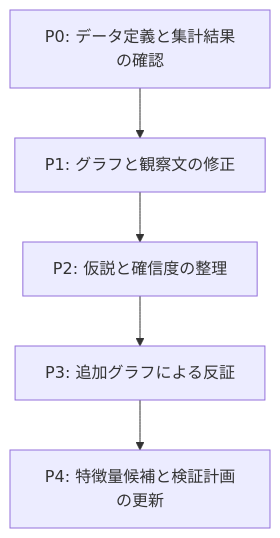
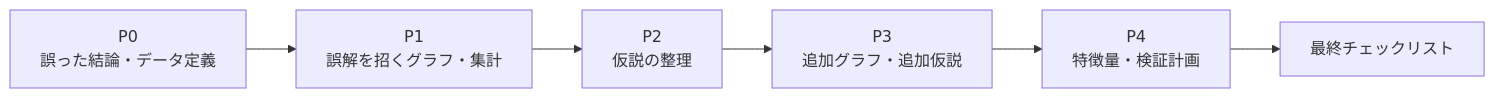
The first of 2 diagrams in docs/review/20260725_bike_sharing_hypothesis_review.md (mgmaru/ml-model-tuning-sandbox), drawn with Mermaid before and after one commit. The commit also changed other lines of this file, not shown here.

````diff
--- a/docs/review/20260725_bike_sharing_hypothesis_review.md
+++ b/docs/review/20260725_bike_sharing_hypothesis_review.md
@@ -29,7 +26,8 @@
 ```mermaid
-flowchart TD
-    A["P0: データ定義と集計結果の確認"] --> B["P1: グラフと観察文の修正"]
-    B --> C["P2: 仮説と確信度の整理"]
-    C --> D["P3: 追加グラフによる反証"]
-    D --> E["P4: 特徴量候補と検証計画の更新"]
+flowchart LR
+    P0["P0<br>誤った結論・データ定義"] --> P1["P1<br>誤解を招くグラフ・集計"]
+    P1 --> P2["P2<br>仮説の整理"]
+    P2 --> P3["P3<br>追加グラフ・追加仮説"]
+    P3 --> P4["P4<br>特徴量・検証計画"]
+    P4 --> CL["最終チェックリスト"]
 ```
````
